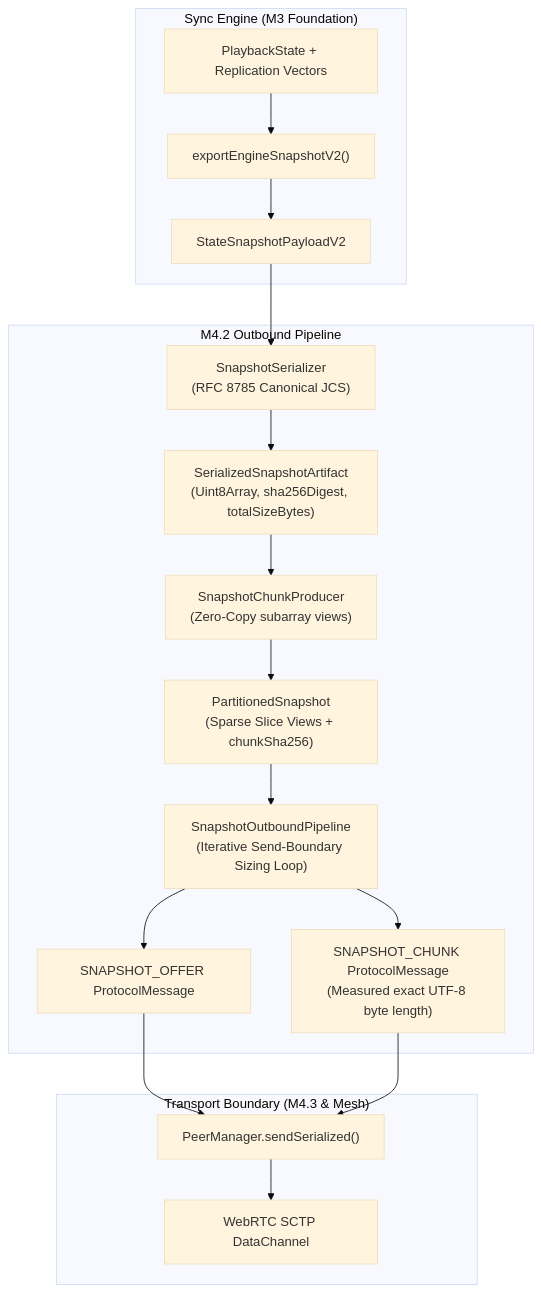
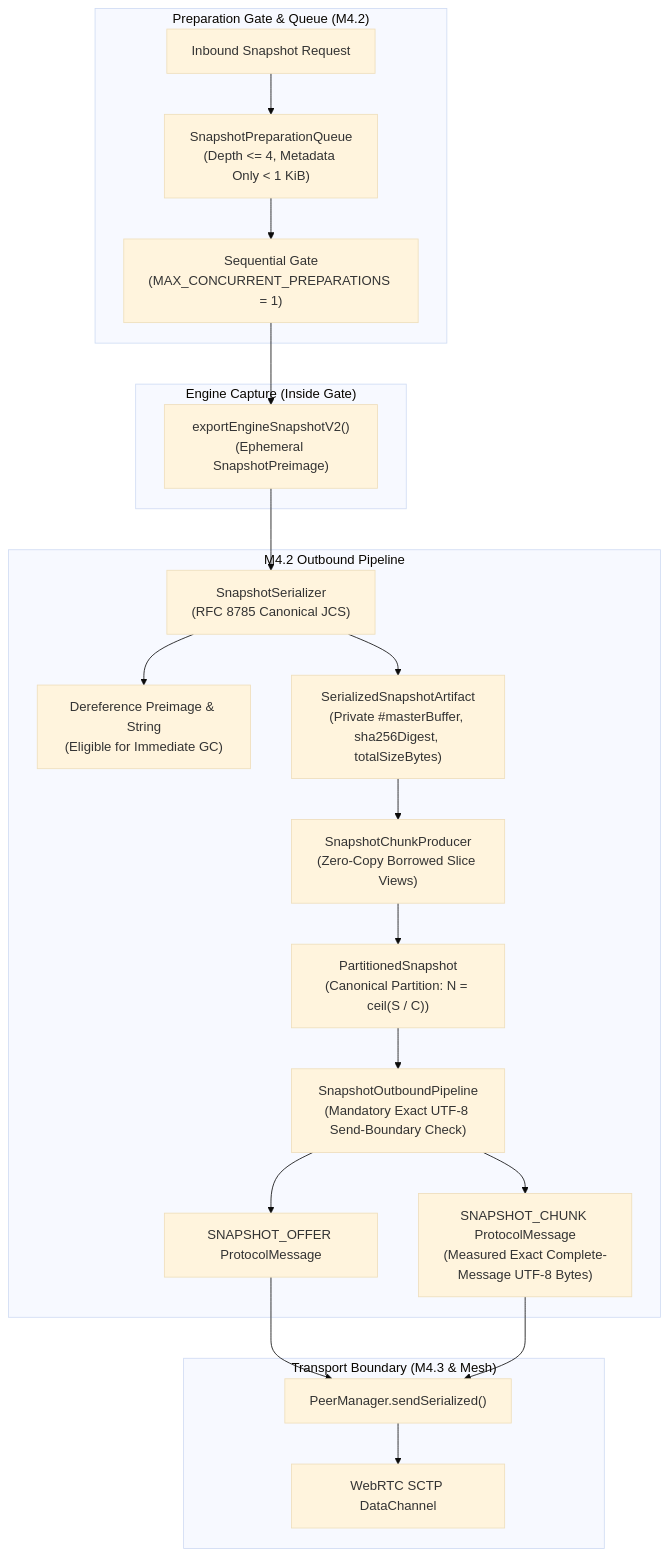
Before and after one commit to Tejdeepakchandra/SyncPlay_Protocol: the first of 2 diagrams in docs/PHASE7_5_M4_2_ARCHITECTURE.md, drawn with Mermaid (base theme). The commit also changed other lines of this file and 6 other files, not shown here.

Commit message:
docs(phase-7.5-m4): apply targeted planning corrections to m4.2 outbound pipeline suite

````diff
--- a/docs/PHASE7_5_M4_2_ARCHITECTURE.md
+++ b/docs/PHASE7_5_M4_2_ARCHITECTURE.md
@@ -21,23 +22,28 @@
 ```mermaid
 flowchart TD
-    subgraph Engine["Sync Engine (M3 Foundation)"]
-        State["PlaybackState + Replication Vectors"] --> Export["exportEngineSnapshotV2()"]
-        Export --> SnapshotObj["StateSnapshotPayloadV2"]
+    subgraph RequestQueue["Preparation Gate & Queue (M4.2)"]
+        Req["Inbound Snapshot Request"] --> Queue["SnapshotPreparationQueue<br/>(Depth <= 4, Metadata Only < 1 KiB)"]
+        Queue --> Gate["Sequential Gate<br/>(MAX_CONCURRENT_PREPARATIONS = 1)"]
     end
 
-    subgraph M4_2["M4.2 Outbound Pipeline"]
-        SnapshotObj --> Serializer["SnapshotSerializer<br/>(RFC 8785 Canonical JCS)"]
-        Serializer --> SerializedArtifact["SerializedSnapshotArtifact<br/>(Uint8Array, sha256Digest, totalSizeBytes)"]
-        SerializedArtifact --> ChunkProducer["SnapshotChunkProducer<br/>(Zero-Copy subarray views)"]
-        ChunkProducer --> PartitionedSnap["PartitionedSnapshot<br/>(Sparse Slice Views + chunkSha256)"]
-        PartitionedSnap --> OutboundPipeline["SnapshotOutboundPipeline<br/>(Iterative Send-Boundary Sizing Loop)"]
+    subgraph EngineCapture["Engine Capture (Inside Gate)"]
+        Gate --> Export["exportEngineSnapshotV2()<br/>(Ephemeral SnapshotPreimage)"]
+    end
+
+    subgraph Serialization["M4.2 Outbound Pipeline"]
+        Export --> Serializer["SnapshotSerializer<br/>(RFC 8785 Canonical JCS)"]
+        Serializer --> PreimageDrop["Dereference Preimage & String<br/>(Eligible for Immediate GC)"]
+        Serializer --> SerializedArtifact["SerializedSnapshotArtifact<br/>(Private #masterBuffer, sha256Digest, totalSizeBytes)"]
+        SerializedArtifact --> ChunkProducer["SnapshotChunkProducer<br/>(Zero-Copy Borrowed Slice Views)"]
+        ChunkProducer --> PartitionedSnap["PartitionedSnapshot<br/>(Canonical Partition: N = ceil(S / C))"]
+        PartitionedSnap --> OutboundPipeline["SnapshotOutboundPipeline<br/>(Mandatory Exact UTF-8 Send-Boundary Check)"]
         OutboundPipeline --> OfferMsg["SNAPSHOT_OFFER ProtocolMessage"]
-        OutboundPipeline --> ChunkMsg["SNAPSHOT_CHUNK ProtocolMessage<br/>(Measured exact UTF-8 byte length)"]
+        OutboundPipeline --> ChunkMsg["SNAPSHOT_CHUNK ProtocolMessage<br/>(Measured Exact Complete-Message UTF-8 Bytes)"]
     end
 
     subgraph Transport["Transport Boundary (M4.3 & Mesh)"]
         OfferMsg --> SendBound["PeerManager.sendSerialized()"]
         ChunkMsg --> SendBound
         SendBound --> RTCDataChannel["WebRTC SCTP DataChannel"]
     end
 ```
````
